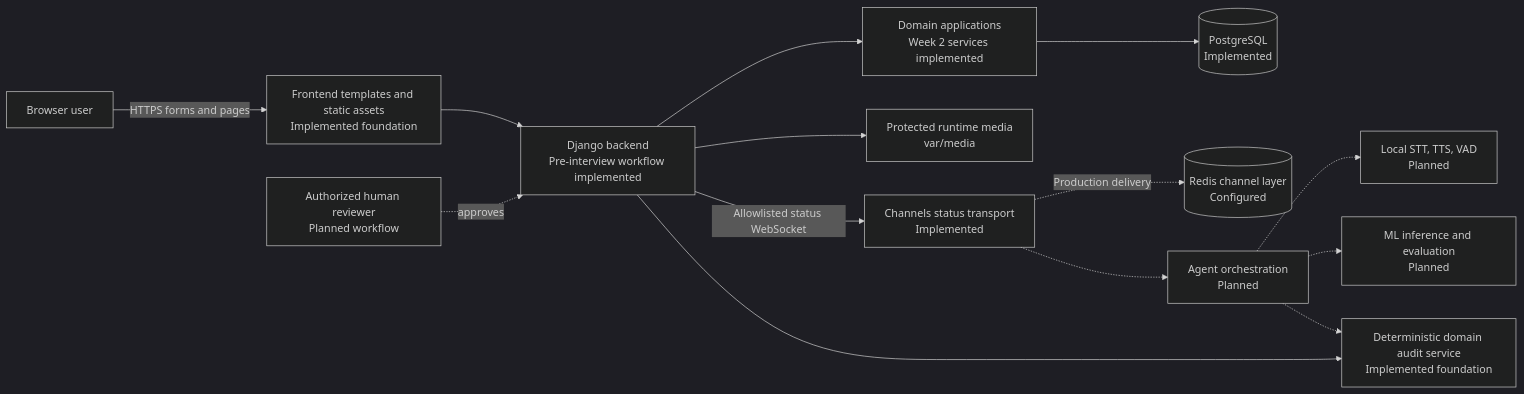
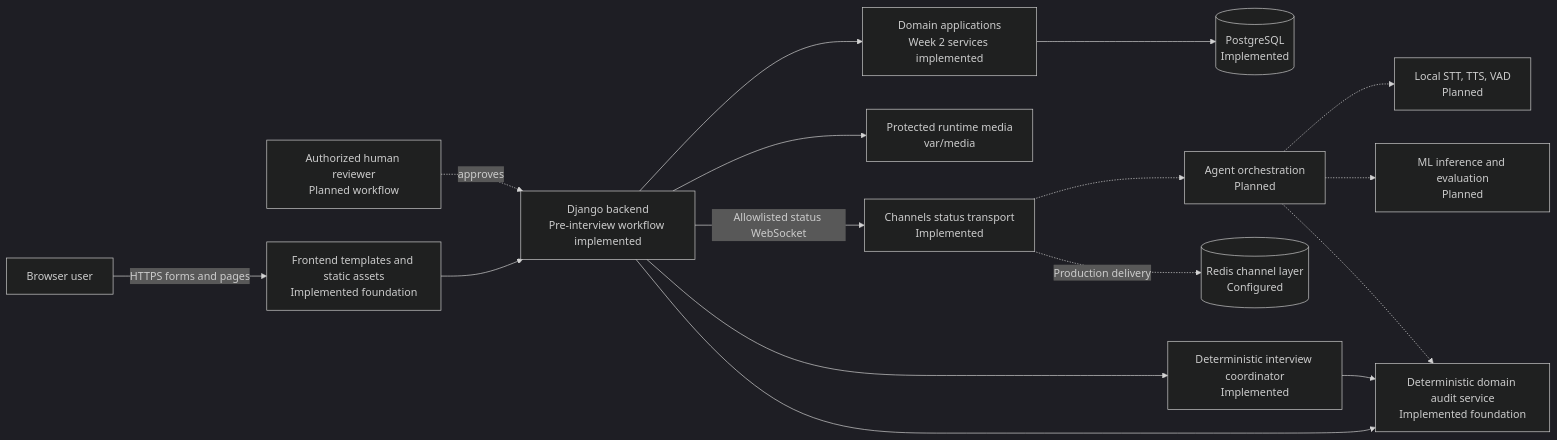
The first of 4 diagrams in docs/ARCHITECTURE.md (hamzadugal21/MultiAgentCaller), drawn with Mermaid (dark theme) before and after one commit. The commit also changed other lines of this file and 6 other files, not shown here.

````diff
--- a/docs/ARCHITECTURE.md
+++ b/docs/ARCHITECTURE.md
@@ -13,16 +13,18 @@
 ```mermaid
 flowchart LR
     U[Browser user] -->|HTTPS forms and pages| FE[Frontend templates and static assets<br/>Implemented foundation]
     FE --> DJ[Django backend<br/>Pre-interview workflow implemented]
     DJ --> APPS[Domain applications<br/>Week 2 services implemented]
     APPS --> PG[(PostgreSQL<br/>Implemented)]
     DJ --> MEDIA[Protected runtime media<br/>var/media]
+    DJ --> COORD[Deterministic interview coordinator<br/>Implemented]
     DJ -->|Allowlisted status WebSocket| CH[Channels status transport<br/>Implemented]
     CH -. Production delivery .-> REDIS[(Redis channel layer<br/>Configured)]
     CH -.-> ORCH[Agent orchestration<br/>Planned]
     ORCH -.-> SPEECH[Local STT, TTS, VAD<br/>Planned]
     ORCH -.-> ML[ML inference and evaluation<br/>Planned]
     DJ --> AUDIT[Deterministic domain audit service<br/>Implemented foundation]
+    COORD --> AUDIT
     ORCH -.-> AUDIT
     REVIEW[Authorized human reviewer<br/>Planned workflow] -. approves .-> DJ
 ```
````
